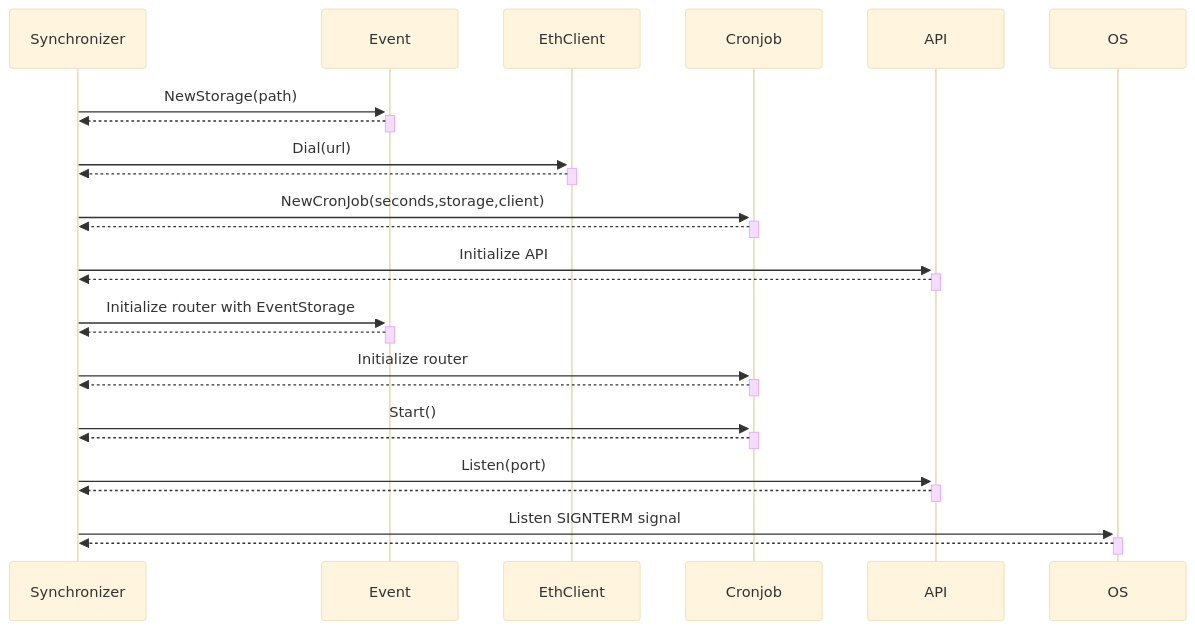
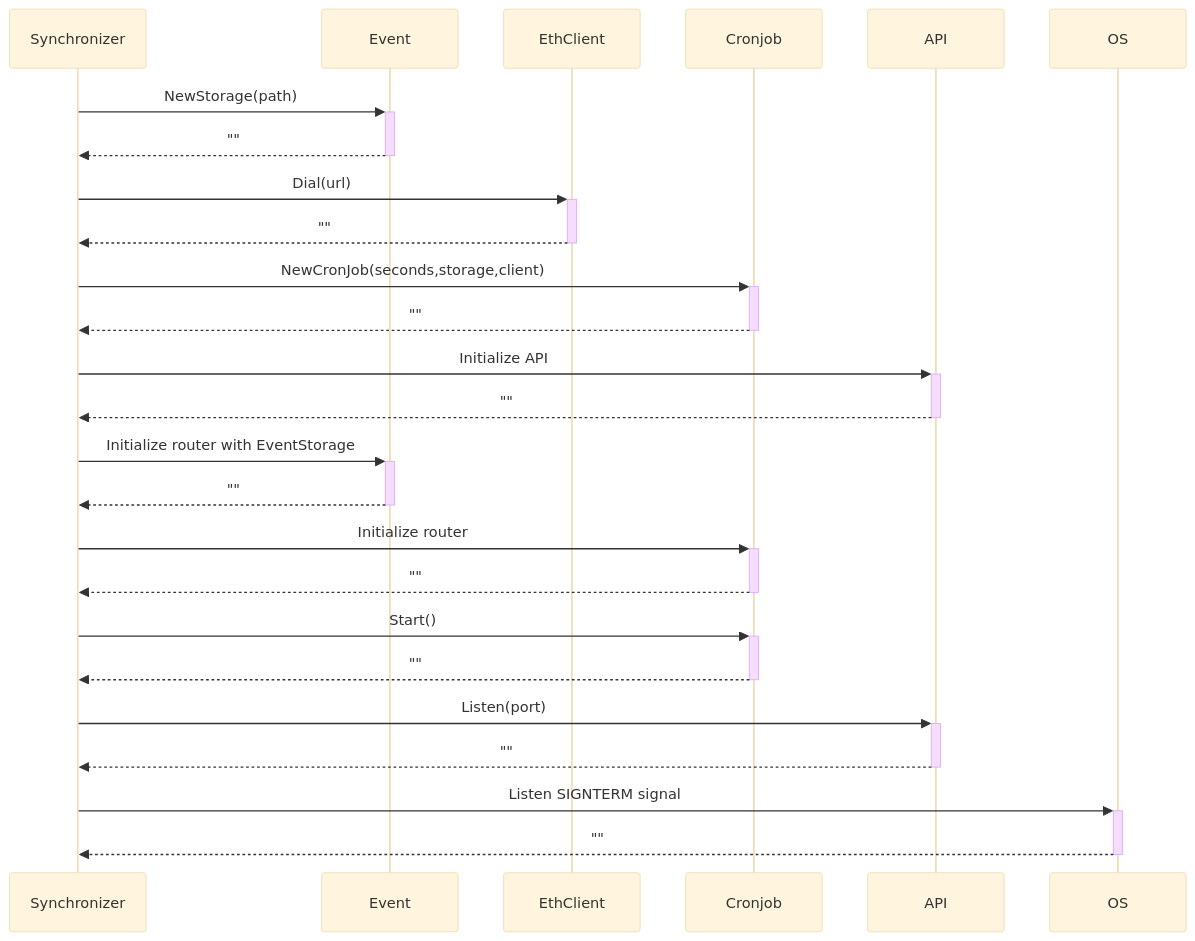
The third of 4 diagrams in README.md (darchlabs/synchronizer-v2), drawn with Mermaid (base theme) before and after one commit. The commit also changed other lines of this file, not shown here.

````diff
--- a/README.md
+++ b/README.md
@@ -101,21 +101,21 @@
 ```mermaid
 sequenceDiagram
   Synchronizer->>+Event: NewStorage(path)
-  Event-->>-Synchronizer:
+  Event-->>-Synchronizer: ""
   Synchronizer->>+EthClient: Dial(url)
-  EthClient-->>-Synchronizer:
+  EthClient-->>-Synchronizer: ""
   Synchronizer->>+Cronjob: NewCronJob(seconds,storage,client)
-  Cronjob-->>-Synchronizer:
+  Cronjob-->>-Synchronizer: ""
   Synchronizer->>+API: Initialize API
-  API-->>-Synchronizer:
+  API-->>-Synchronizer: ""
   Synchronizer->>+Event: Initialize router with EventStorage
-  Event-->>-Synchronizer:
+  Event-->>-Synchronizer: ""
   Synchronizer->>+Cronjob: Initialize router
-  Cronjob-->>-Synchronizer:
+  Cronjob-->>-Synchronizer: ""
   Synchronizer->>+Cronjob: Start()
-  Cronjob-->>-Synchronizer:
+  Cronjob-->>-Synchronizer: ""
   Synchronizer->>+API: Listen(port)
-  API-->>-Synchronizer:
+  API-->>-Synchronizer: ""
   Synchronizer->>+OS: Listen SIGNTERM signal
-  OS-->>-Synchronizer:
+  OS-->>-Synchronizer: ""
 ```
````
